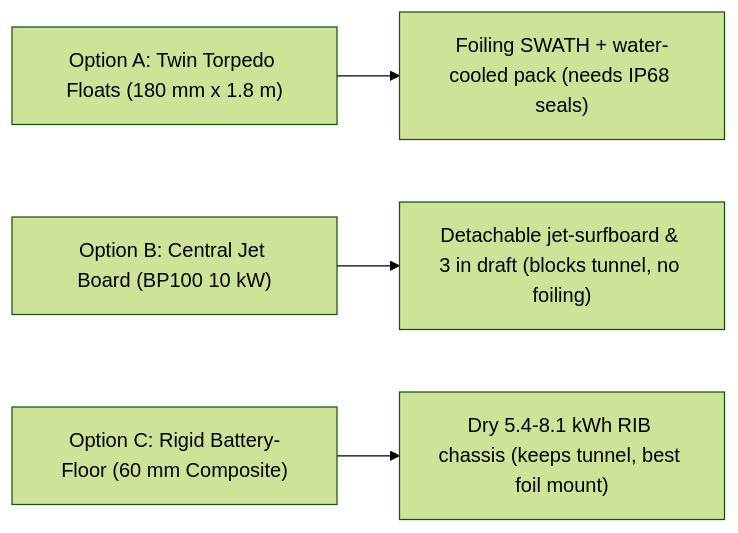
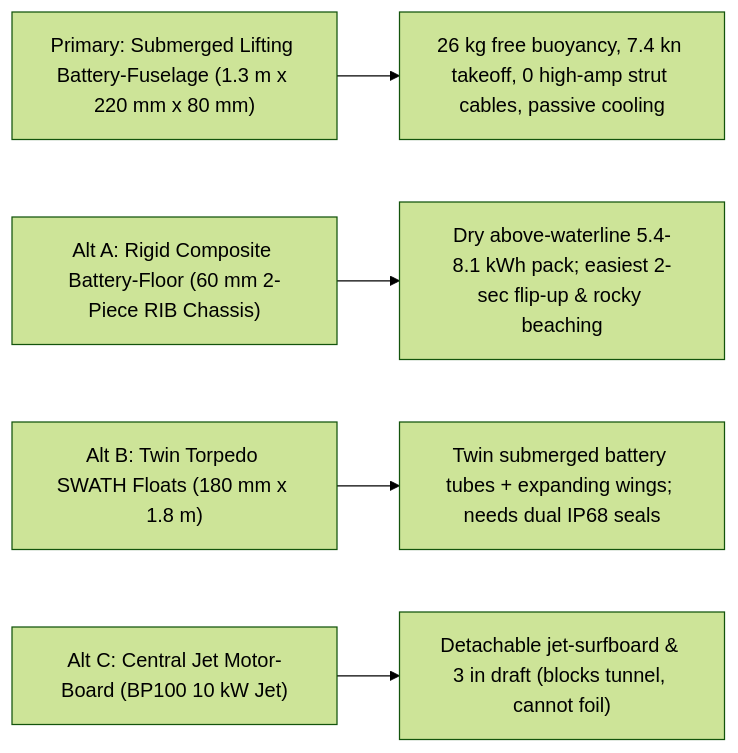
The third of 3 diagrams in electric-foiling-dinghy-guide.md (boats-boats-boats/foil-skiff), drawn with Mermaid (forest theme) before and after one commit. The commit also changed other lines of this file and 2 other files, not shown here.

Commit message:
Make submerged lifting-body battery-fuselage (Flying-Keel Pod) the primary FoilSkiff architecture

````diff
--- a/electric-foiling-dinghy-guide.md
+++ b/electric-foiling-dinghy-guide.md
@@ -120,6 +133,7 @@
 ```mermaid
 flowchart LR
-    A["Option A: Twin Torpedo Floats (180 mm x 1.8 m)"] --> A1["Foiling SWATH + water-cooled pack (needs IP68 seals)"]
-    B["Option B: Central Jet Board (BP100 10 kW)"] --> B1["Detachable jet-surfboard & 3 in draft (blocks tunnel, no foiling)"]
-    C["Option C: Rigid Battery-Floor (60 mm Composite)"] --> C1["Dry 5.4-8.1 kWh RIB chassis (keeps tunnel, best foil mount)"]
+    P["Primary: Submerged Lifting Battery-Fuselage (1.3 m x 220 mm x 80 mm)"] --> P1["26 kg free buoyancy, 7.4 kn takeoff, 0 high-amp strut cables, passive cooling"]
+    C["Alt A: Rigid Composite Battery-Floor (60 mm 2-Piece RIB Chassis)"] --> C1["Dry above-waterline 5.4-8.1 kWh pack; easiest 2-sec flip-up & rocky beaching"]
+    A["Alt B: Twin Torpedo SWATH Floats (180 mm x 1.8 m)"] --> A1["Twin submerged battery tubes + expanding wings; needs dual IP68 seals"]
+    B["Alt C: Central Jet Motor-Board (BP100 10 kW Jet)"] --> B1["Detachable jet-surfboard & 3 in draft (blocks tunnel, cannot foil)"]
 ```
````
